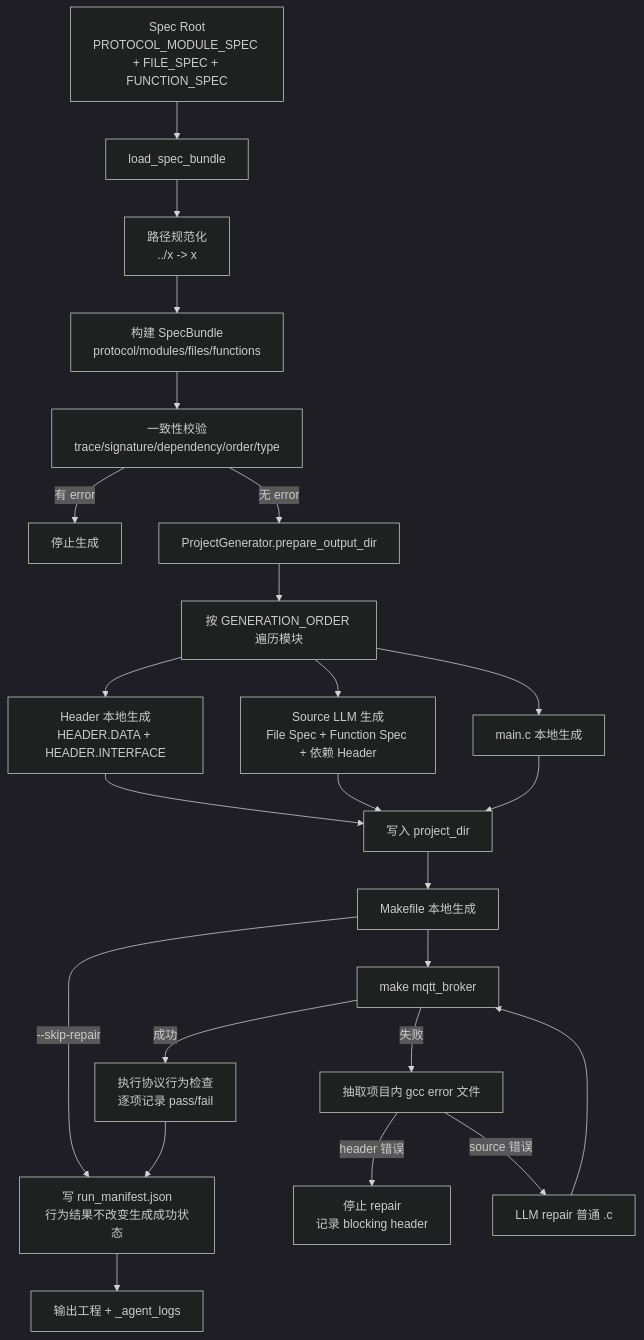
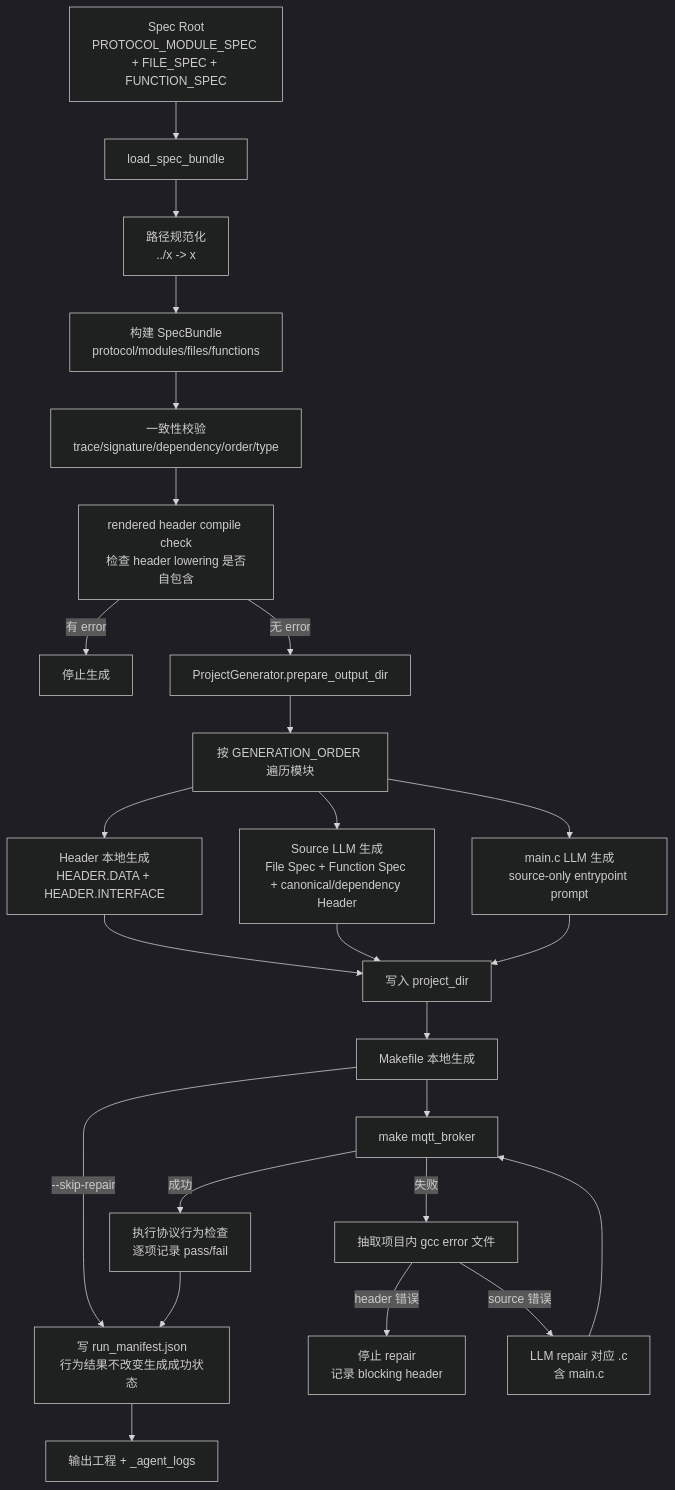
Before and after one commit to Assassin187/SpecForge: the first of 3 diagrams in agent/coder/README.md, drawn with Mermaid (dark theme). The commit also changed other lines of this file and 207 other files, not shown here.

````diff
--- a/agent/coder/README.md
+++ b/agent/coder/README.md
@@ -17,31 +17,32 @@
 ```mermaid
 flowchart TD
     B[Spec Root<br/>PROTOCOL_MODULE_SPEC + FILE_SPEC + FUNCTION_SPEC] --> C[load_spec_bundle]
 
     C --> D[路径规范化<br/>../x -> x]
     D --> E[构建 SpecBundle<br/>protocol/modules/files/functions]
     E --> F[一致性校验<br/>trace/signature/dependency/order/type]
+    F --> F2[rendered header compile check<br/>检查 header lowering 是否自包含]
 
-    F -->|有 error| X[停止生成]
-    F -->|无 error| G[ProjectGenerator.prepare_output_dir]
+    F2 -->|有 error| X[停止生成]
+    F2 -->|无 error| G[ProjectGenerator.prepare_output_dir]
 
     G --> H[按 GENERATION_ORDER 遍历模块]
     H --> I[Header 本地生成<br/>HEADER.DATA + HEADER.INTERFACE]
-    H --> J[Source LLM 生成<br/>File Spec + Function Spec + 依赖 Header]
-    H --> K[main.c 本地生成]
+    H --> J[Source LLM 生成<br/>File Spec + Function Spec + canonical/dependency Header]
+    H --> K[main.c LLM 生成<br/>source-only entrypoint prompt]
 
     I --> L[写入 project_dir]
     J --> L
     K --> L
     L --> M[Makefile 本地生成]
     M -->|--skip-repair| O
     M --> N[make mqtt_broker]
 
     N -->|成功| V[执行协议行为检查<br/>逐项记录 pass/fail]
     V --> O[写 run_manifest.json<br/>行为结果不改变生成成功状态]
     N -->|失败| P[抽取项目内 gcc error 文件]
     P -->|header 错误| X2[停止 repair<br/>记录 blocking header] 
-    P -->|source 错误| Q[LLM repair 普通 .c]
+    P -->|source 错误| Q[LLM repair 对应 .c<br/>含 main.c]
     Q --> N
     O --> R[输出工程 + _agent_logs]
 ```
````
